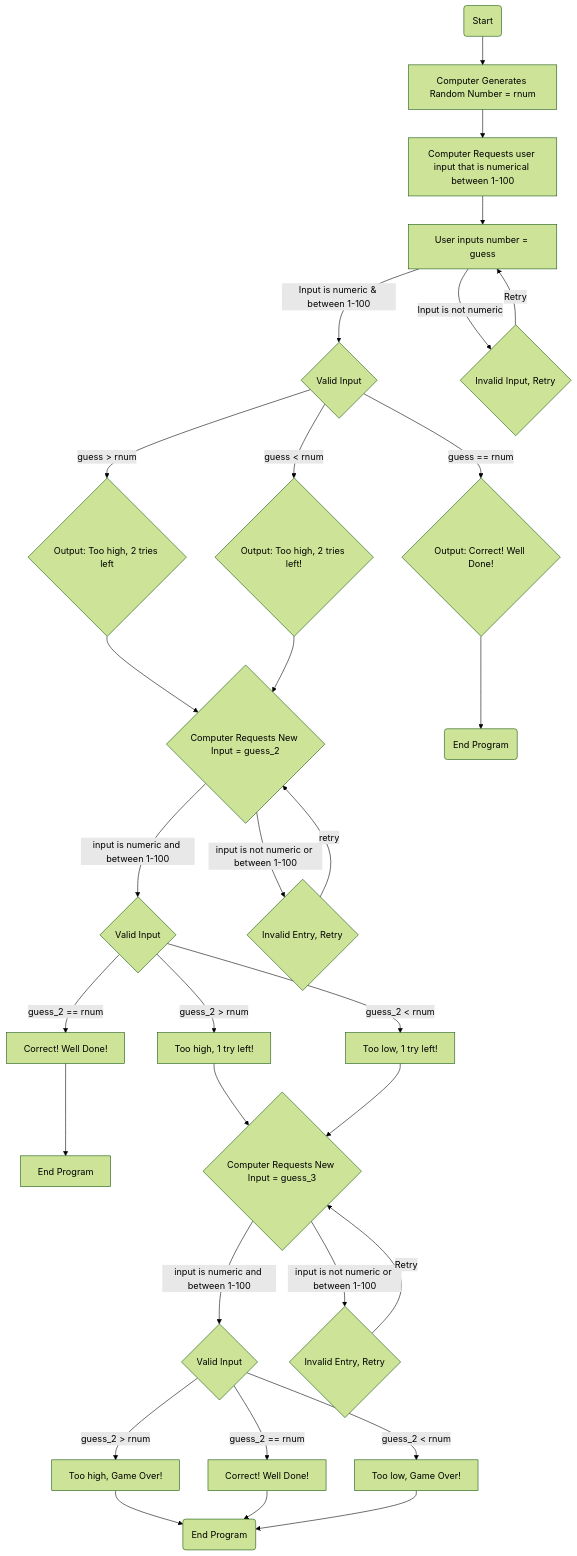
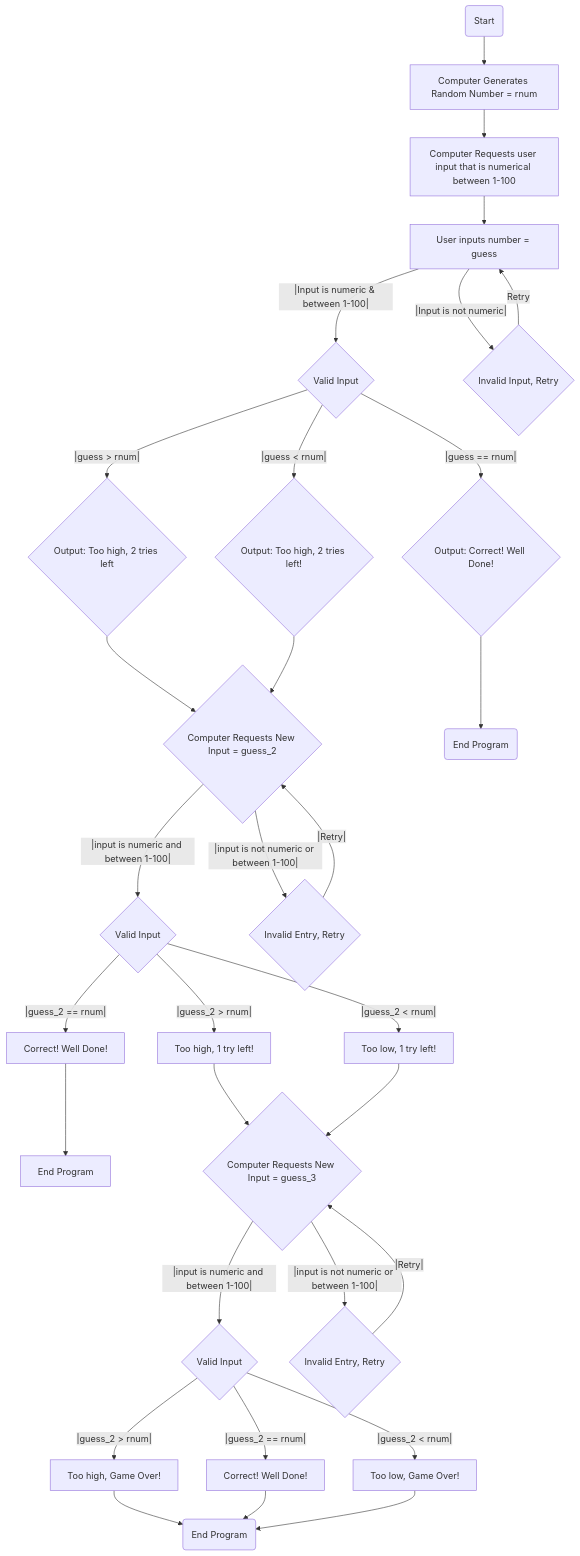
Before and after one commit to lizmendler/Numeran_Game: the diagram in Guessing.md, drawn with Mermaid.

````diff
--- a/Guessing.md
+++ b/Guessing.md
@@ -3,37 +3,33 @@
 ```mermaid
-
-%%{init: {'theme':'forest'}}%%
 
 flowchart TD
     A("Start") --> B["Computer Generates Random Number = rnum"]
     B --> C["Computer Requests user input that is numerical between 1-100"]
     C --> D["User inputs number = guess"]
-    D -- "Input is numeric & between 1-100" --> E{"Valid Input"}
-    D -- Input is not numeric --> F{"Invalid Input, Retry"}
+    D -- |Input is numeric & between 1-100| --> E{"Valid Input"}
+    D -- |Input is not numeric| --> F{"Invalid Input, Retry"}
     F -- Retry --> D
-    E -- guess > rnum --> G{"Output: Too high, 2 tries left"}
-    E -- "guess == rnum" --> H{"Output: Correct! Well Done!"}
-    E -- guess &lt; rnum --> I{"Output: Too high, 2 tries left!"}
+    E -- |guess > rnum| --> G{"Output: Too high, 2 tries left"}
+    E -- |guess == rnum| --> H{"Output: Correct! Well Done!"}
+    E -- |guess < rnum| --> I{"Output: Too high, 2 tries left!"}
     G --> K{"Computer Requests New Input = guess_2"}
     I --> K
-    K -- "input is numeric and between 1-100" --> L{"Valid Input"}
-    K -- "input is not numeric or between 1-100" --> M{"Invalid Entry, Retry"}
-    M -- retry --> K
+    K -- |input is numeric and between 1-100| --> L{"Valid Input"}
+    K -- |input is not numeric or between 1-100| --> M{"Invalid Entry, Retry"}
+    M -- |Retry| --> K
     H --> J("End Program")
-    L -- guess_2 > rnum --> N["Too high, 1 try left!"]
-    L -- "guess_2 == rnum" --> O["Correct! Well Done!"]
-    L -- guess_2 &lt; rnum --> P["Too low, 1 try left!"]
+    L -- |guess_2 > rnum| --> N["Too high, 1 try left!"]
+    L -- |guess_2 == rnum| --> O["Correct! Well Done!"]
+    L -- |guess_2 < rnum| --> P["Too low, 1 try left!"]
     O --> Q["End Program"]
     N --> R{"Computer Requests New Input = guess_3"}
     P --> R
-    R -- "input is numeric and between 1-100" --> S{"Valid Input"}
-    R -- "input is not numeric or between 1-100" --> T{"Invalid Entry, Retry"}
-    T -- Retry --> R
-    S -- guess_2 > rnum --> U["Too high, Game Over!"]
-    S -- "guess_2 == rnum" --> V["Correct! Well Done!"]
-    S -- guess_2 &lt; rnum --> W["Too low, Game Over!"]
-    U --> X("End Program")
-    V --> X
-    W --> X
+    R -- |input is numeric and between 1-100| --> S{"Valid Input"}
+    R -- |input is not numeric or between 1-100| --> T{"Invalid Entry, Retry"}
+    T -- |Retry| --> R
+    S -- |guess_2 > rnum| --> U["Too high, Game Over!"]
+    S -- |guess_2 == rnum| --> V["Correct! Well Done!"]
+    S -- |guess_2 < rnum| --> W["Too low, Game Over!"]
+    U & V & W --> X("End Program")
 
 ```
````
